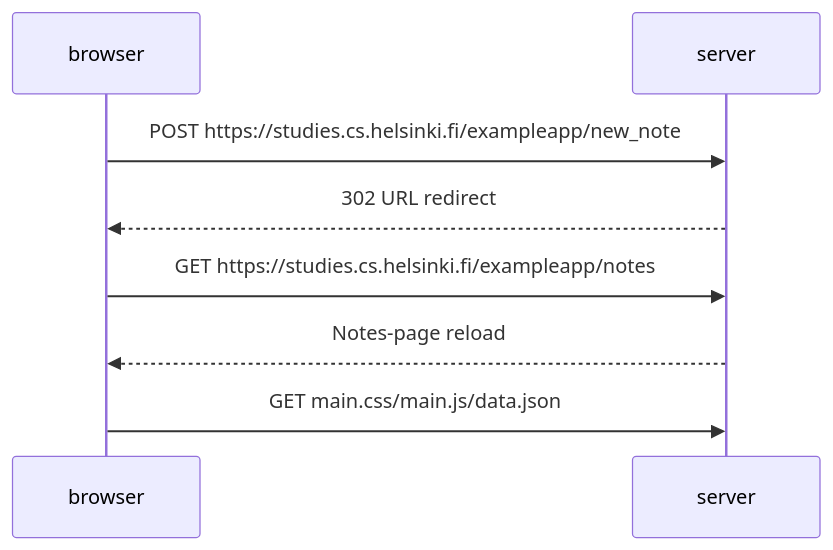
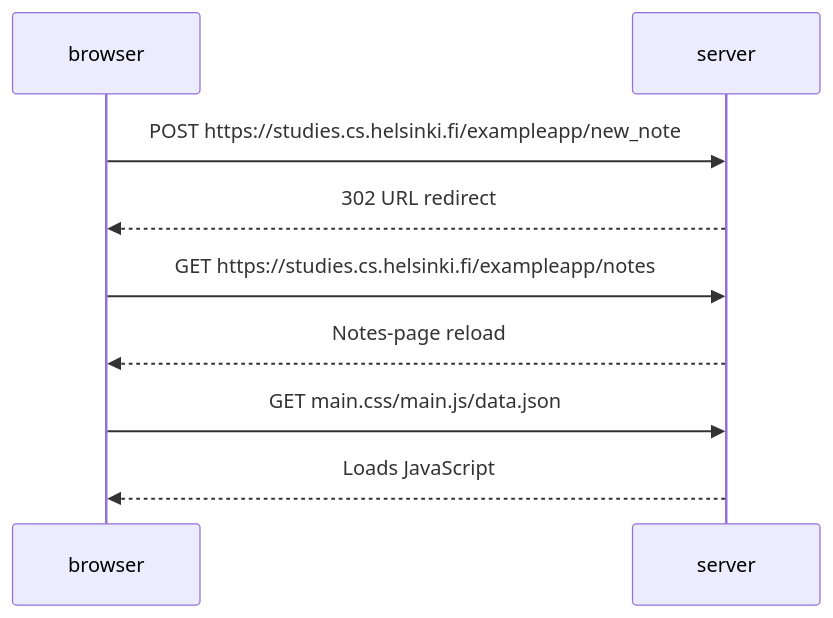
Before and after one commit to ruove/fullstackopen: the diagram in osa0/teht04.md, drawn with Mermaid.

````diff
--- a/osa0/teht04.md
+++ b/osa0/teht04.md
@@ -1,14 +1,15 @@
 ```mermaid
 sequenceDiagram
     participant browser
     participant server
     
     browser->>server: POST https://studies.cs.helsinki.fi/exampleapp/new_note
     server-->>browser: 302 URL redirect
     browser->>server: GET https://studies.cs.helsinki.fi/exampleapp/notes
     server-->>browser: Notes-page reload
     browser->>server: GET main.css/main.js/data.json
+    server-->>browser: Loads JavaScript
     
     
 
 ```
````
